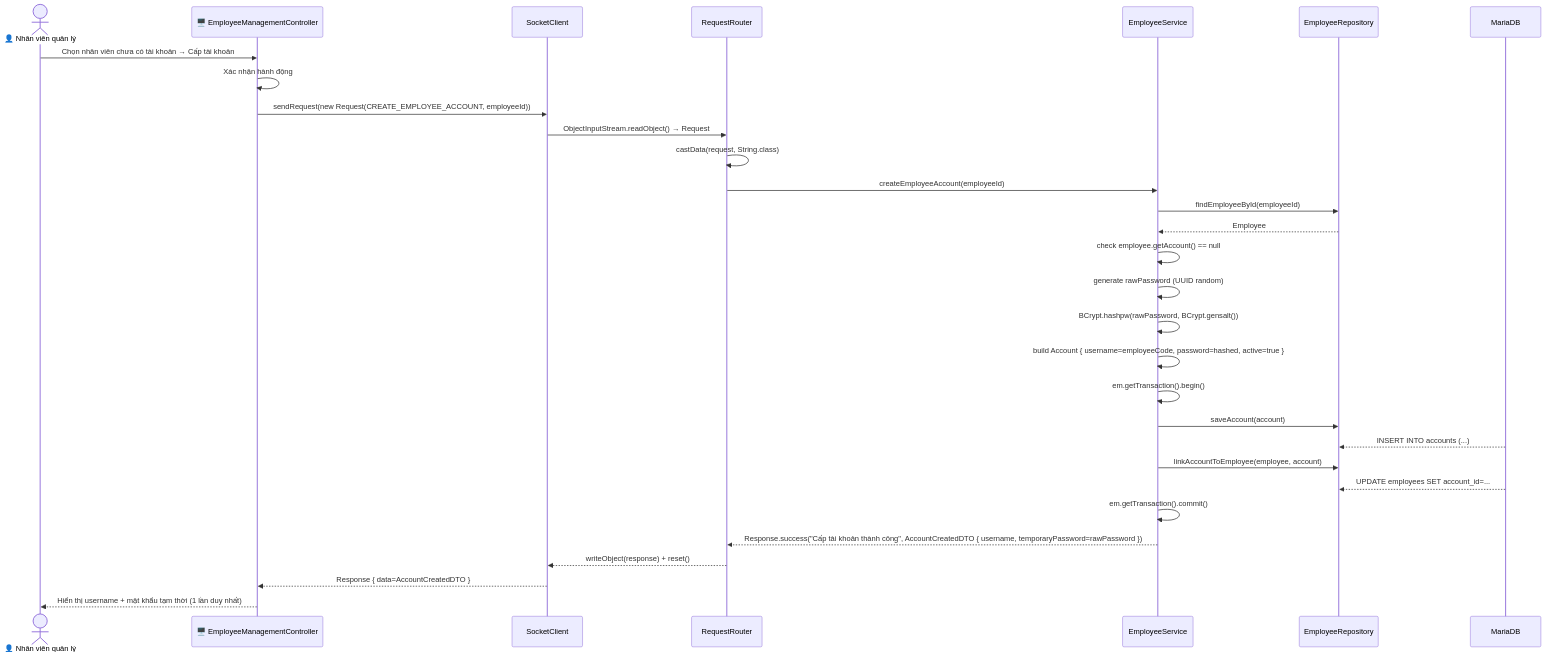
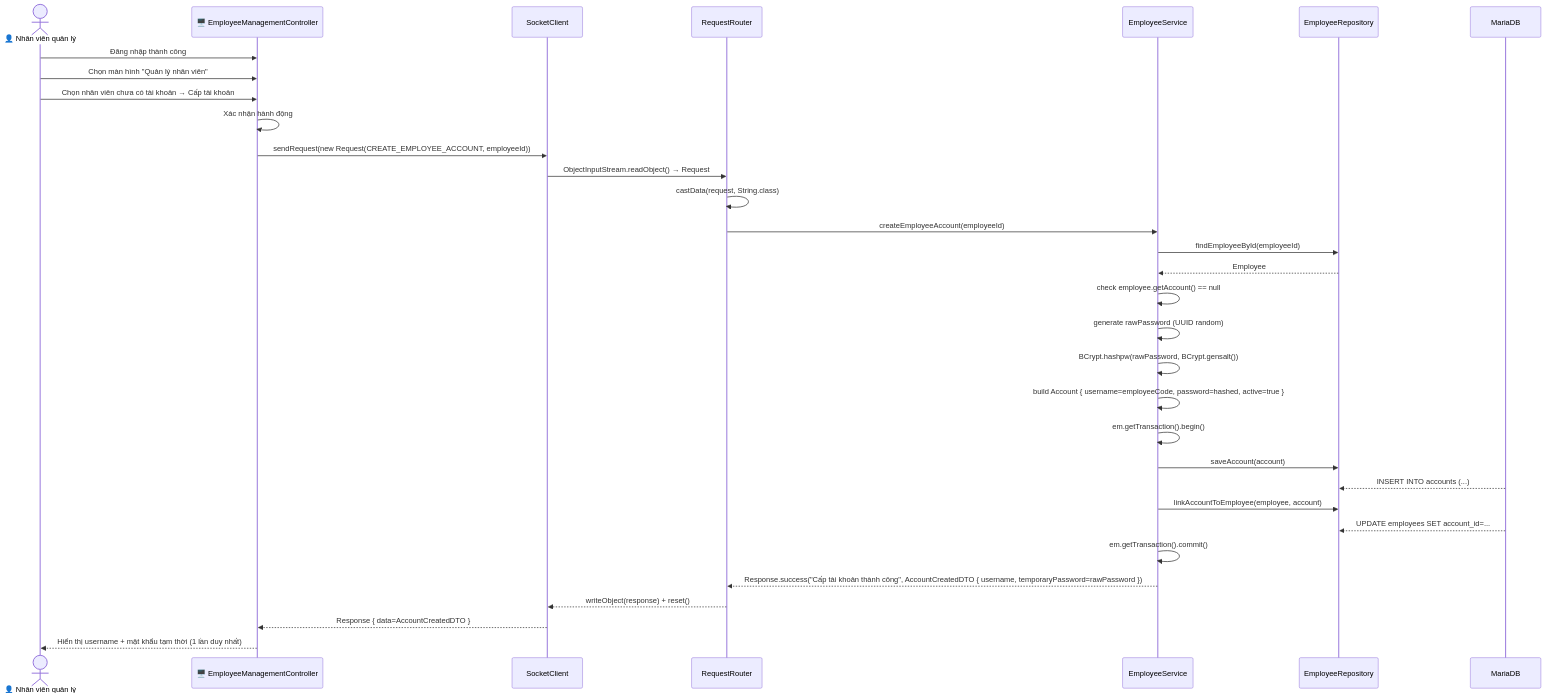
One commit to Distributed-Programing-Project/railway-reservation-system-server changed the third of 7 diagrams in docs/diagrams/sequence/uc013-quan-ly-nhan-vien.md. Above: the diagram before and after it, drawn with Mermaid. The commit also changed other lines of this file and 6 other files, not shown here.

First line of the commit message:
fix(diagram): add login and screen navigation steps to all sequence diagrams

````diff
--- a/docs/diagrams/sequence/uc013-quan-ly-nhan-vien.md
+++ b/docs/diagrams/sequence/uc013-quan-ly-nhan-vien.md
@@ -92,33 +94,35 @@
 ```mermaid
 sequenceDiagram
     actor User as 👤 Nhân viên quản lý
     participant UI as 🖥️ EmployeeManagementController
     participant SC as SocketClient
     participant Router as RequestRouter
     participant Svc as EmployeeService
     participant Repo as EmployeeRepository
     participant DB as MariaDB
 
+    User->>UI: Đăng nhập thành công
+    User->>UI: Chọn màn hình "Quản lý nhân viên"
     User->>UI: Chọn nhân viên chưa có tài khoản → Cấp tài khoản
     UI->>UI: Xác nhận hành động
     UI->>SC: sendRequest(new Request(CREATE_EMPLOYEE_ACCOUNT, employeeId))
     SC->>Router: ObjectInputStream.readObject() → Request
     Router->>Router: castData(request, String.class)
     Router->>Svc: createEmployeeAccount(employeeId)
     Svc->>Repo: findEmployeeById(employeeId)
     Repo-->>Svc: Employee
     Svc->>Svc: check employee.getAccount() == null
     Svc->>Svc: generate rawPassword (UUID random)
     Svc->>Svc: BCrypt.hashpw(rawPassword, BCrypt.gensalt())
     Svc->>Svc: build Account { username=employeeCode, password=hashed, active=true }
     Svc->>Svc: em.getTransaction().begin()
     Svc->>Repo: saveAccount(account)
     DB-->>Repo: INSERT INTO accounts (...)
     Svc->>Repo: linkAccountToEmployee(employee, account)
     DB-->>Repo: UPDATE employees SET account_id=...
     Svc->>Svc: em.getTransaction().commit()
     Svc-->>Router: Response.success("Cấp tài khoản thành công", AccountCreatedDTO { username, temporaryPassword=rawPassword })
     Router-->>SC: writeObject(response) + reset()
     SC-->>UI: Response { data=AccountCreatedDTO }
     UI-->>User: Hiển thị username + mật khẩu tạm thời (1 lần duy nhất)
 ```
````
